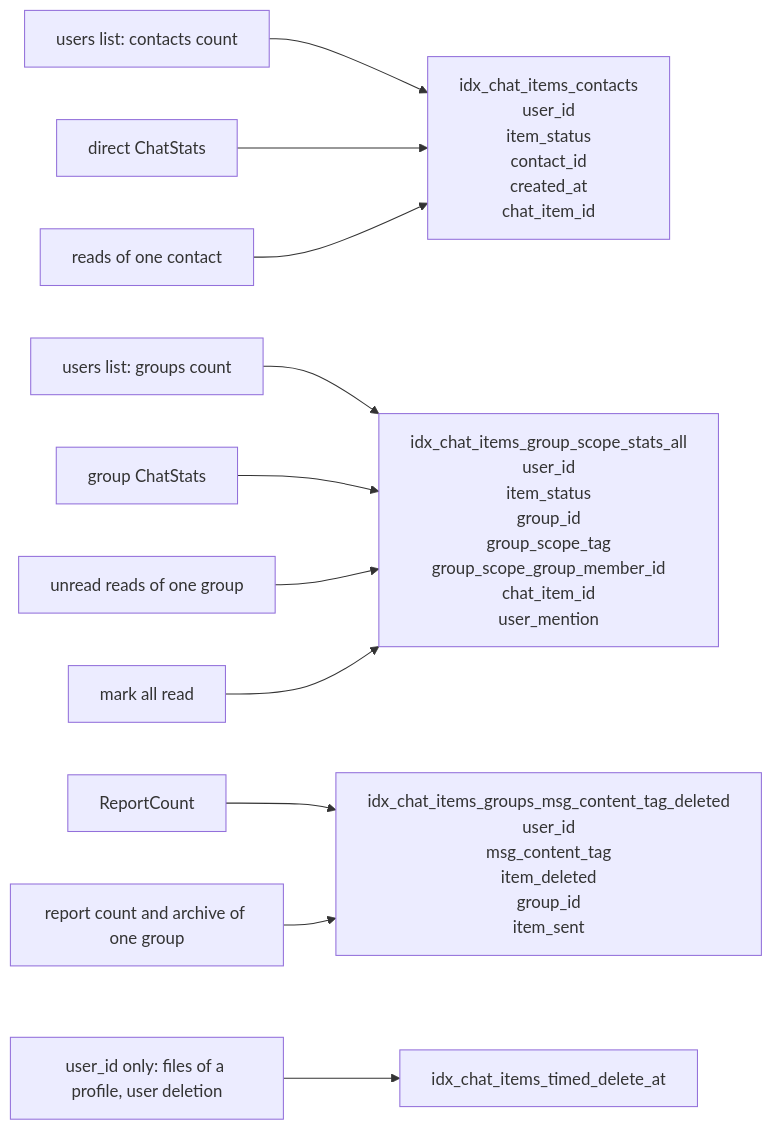
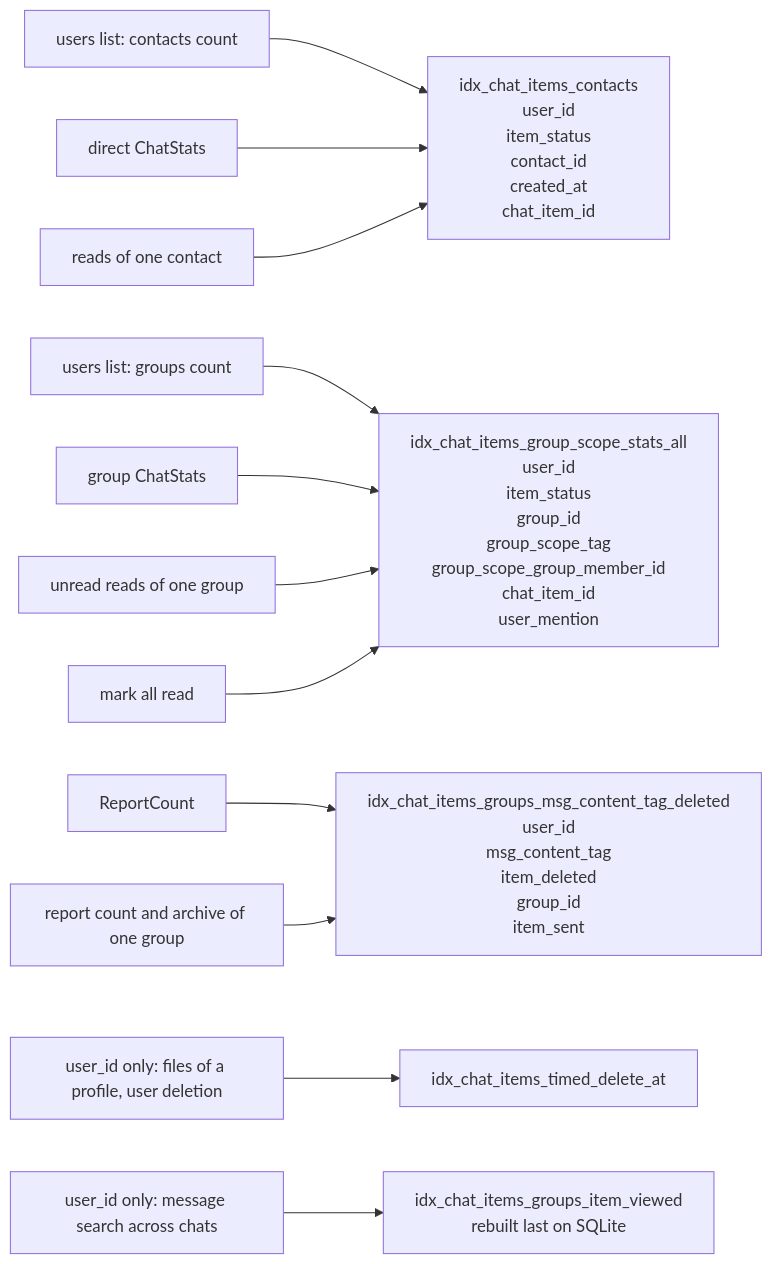
The second of 6 diagrams in plans/2026-11-24-chat-list-queries.md (simplex-chat/simplex-chat), drawn with Mermaid before and after one commit. The commit also changed other lines of this file, not shown here.

Commit message:
docs: review fixes in the chat list plan

````diff
--- a/plans/2026-11-24-chat-list-queries.md
+++ b/plans/2026-11-24-chat-list-queries.md
@@ -177,13 +186,14 @@
 ```mermaid
 flowchart LR
   UC["users list: contacts count"] --> C["idx_chat_items_contacts<br>user_id<br>item_status<br>contact_id<br>created_at<br>chat_item_id"]
   DS["direct ChatStats"] --> C
   PC["reads of one contact"] --> C
   UG["users list: groups count"] --> S["idx_chat_items_group_scope_stats_all<br>user_id<br>item_status<br>group_id<br>group_scope_tag<br>group_scope_group_member_id<br>chat_item_id<br>user_mention"]
   GS["group ChatStats"] --> S
   PG["unread reads of one group"] --> S
   MA["mark all read"] --> S
   RC["ReportCount"] --> R["idx_chat_items_groups_msg_content_tag_deleted<br>user_id<br>msg_content_tag<br>item_deleted<br>group_id<br>item_sent"]
   RG["report count and archive of one group"] --> R
   U["user_id only: files of a profile, user deletion"] --> T["idx_chat_items_timed_delete_at"]
+  MS["user_id only: message search across chats"] --> V["idx_chat_items_groups_item_viewed<br>rebuilt last on SQLite"]
 ```
````
